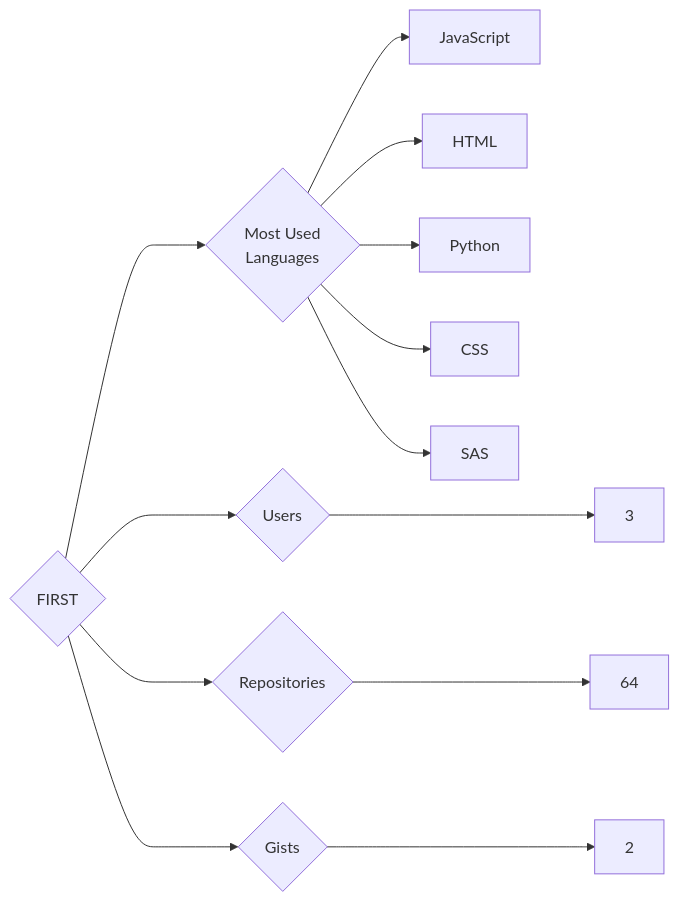
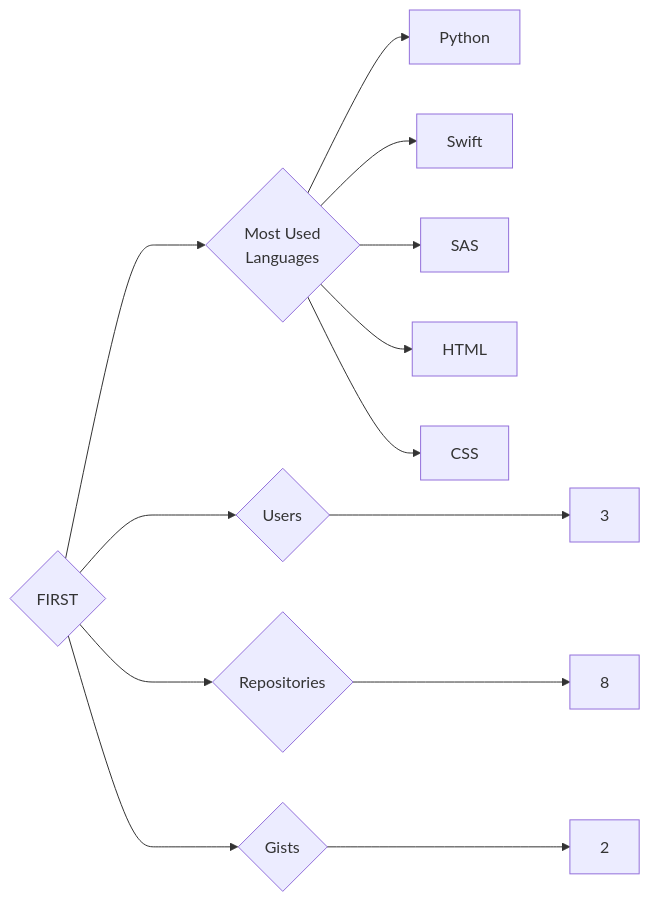
Before and after one commit to trickest/insiders: the diagram in targets/FIRST/README.md, drawn with Mermaid. The commit also changed 1314 other files, not shown here.

````diff
--- a/targets/FIRST/README.md
+++ b/targets/FIRST/README.md
@@ -3,13 +3,13 @@
 ```mermaid
 graph LR
 COMPANY_NAME{FIRST}
 COMPANY_NAME ---> U{Users} ---> UN[3]
-COMPANY_NAME ---> R{Repositories} ---> RN[64]
+COMPANY_NAME ---> R{Repositories} ---> RN[8]
 COMPANY_NAME ---> G{Gists} ---> GN[2]
 COMPANY_NAME ---> ML{Most Used<br>Languages}
-ML --> JavaScript[JavaScript]
+ML --> Python[Python]
+ML --> Swift[Swift]
+ML --> SAS[SAS]
 ML --> HTML[HTML]
-ML --> Python[Python]
 ML --> CSS[CSS]
-ML --> SAS[SAS]
 ```
````
